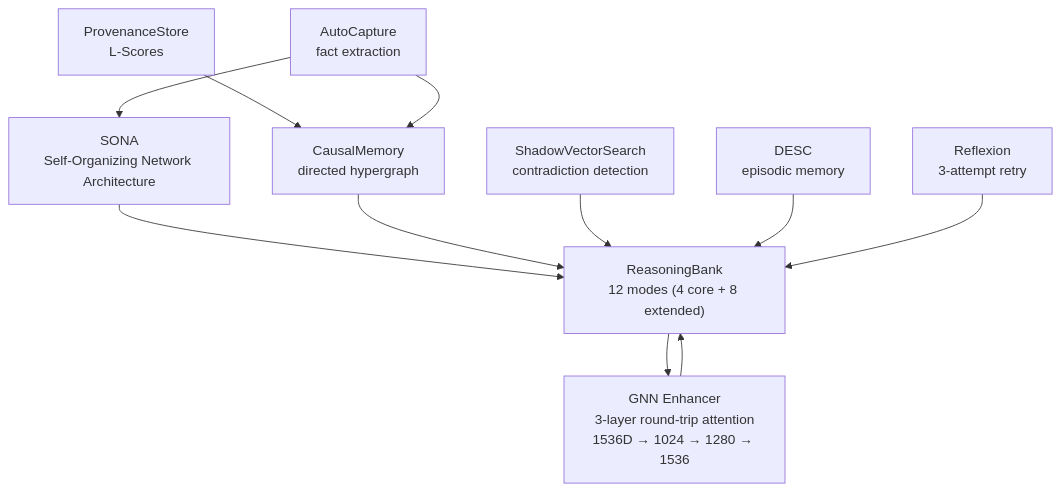
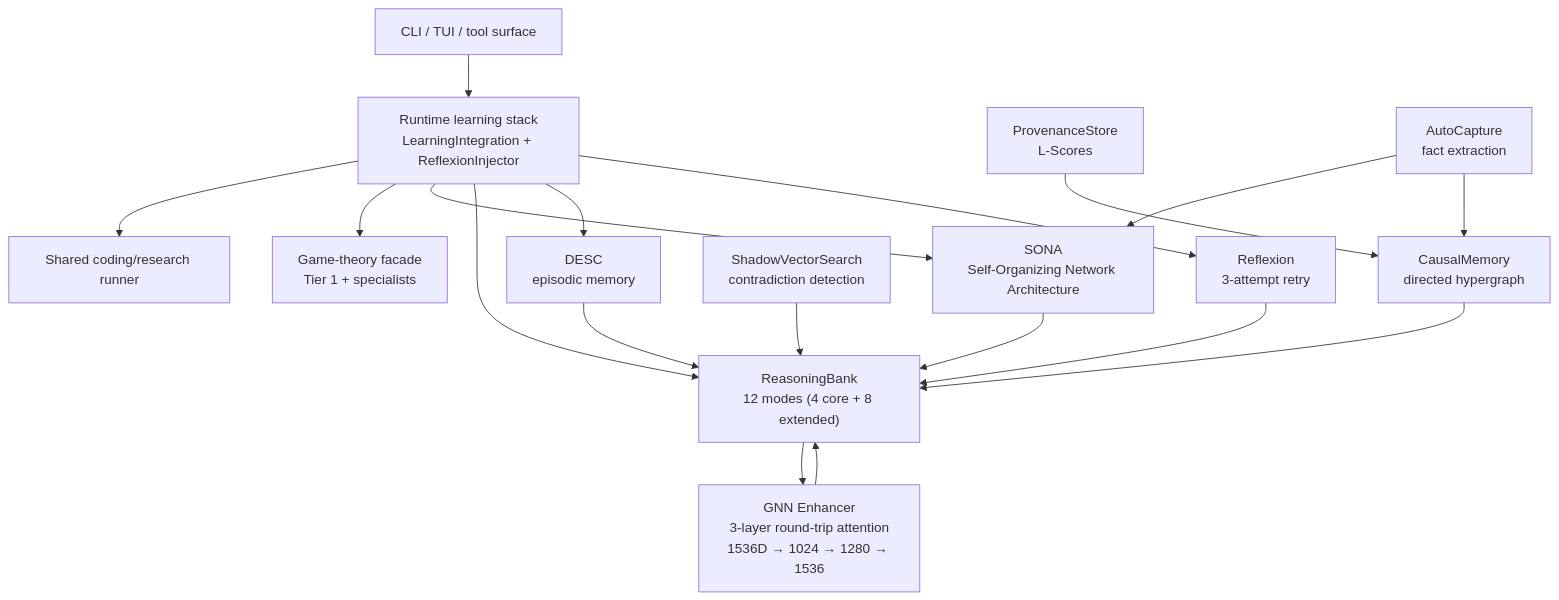
Before and after one commit to ste-bah/archon-cli: the first of 3 diagrams in docs/architecture/learning-systems.md, drawn with Mermaid. The commit also changed other lines of this file and 31 other files, not shown here.

Commit message:
Wire learning stack through pipelines and gametheory [skip ci]

````diff
--- a/docs/architecture/learning-systems.md
+++ b/docs/architecture/learning-systems.md
@@ -7,23 +20,36 @@
 ```mermaid
-graph TB
+flowchart TB
+    SURFACE["CLI / TUI / tool surface"]
+    STACK["Runtime learning stack<br/>LearningIntegration + ReflexionInjector"]
+    RUNNER["Shared coding/research runner"]
+    GT["Game-theory facade<br/>Tier 1 + specialists"]
+
     SONA["SONA<br/>Self-Organizing Network Architecture"]
     RB["ReasoningBank<br/>12 modes (4 core + 8 extended)"]
     GNN["GNN Enhancer<br/>3-layer round-trip attention<br/>1536D → 1024 → 1280 → 1536"]
     CM["CausalMemory<br/>directed hypergraph"]
     PS["ProvenanceStore<br/>L-Scores"]
     SVS["ShadowVectorSearch<br/>contradiction detection"]
     DESC["DESC<br/>episodic memory"]
     REFL["Reflexion<br/>3-attempt retry"]
     AC["AutoCapture<br/>fact extraction"]
+
+    SURFACE --> STACK
+    STACK --> RUNNER
+    STACK --> GT
+    STACK --> SONA
+    STACK --> RB
+    STACK --> DESC
+    STACK --> REFL
 
     SONA --> RB
     RB --> GNN
     GNN --> RB
     CM --> RB
     PS --> CM
     SVS --> RB
     DESC --> RB
     REFL --> RB
     AC --> SONA
     AC --> CM
 ```
````
